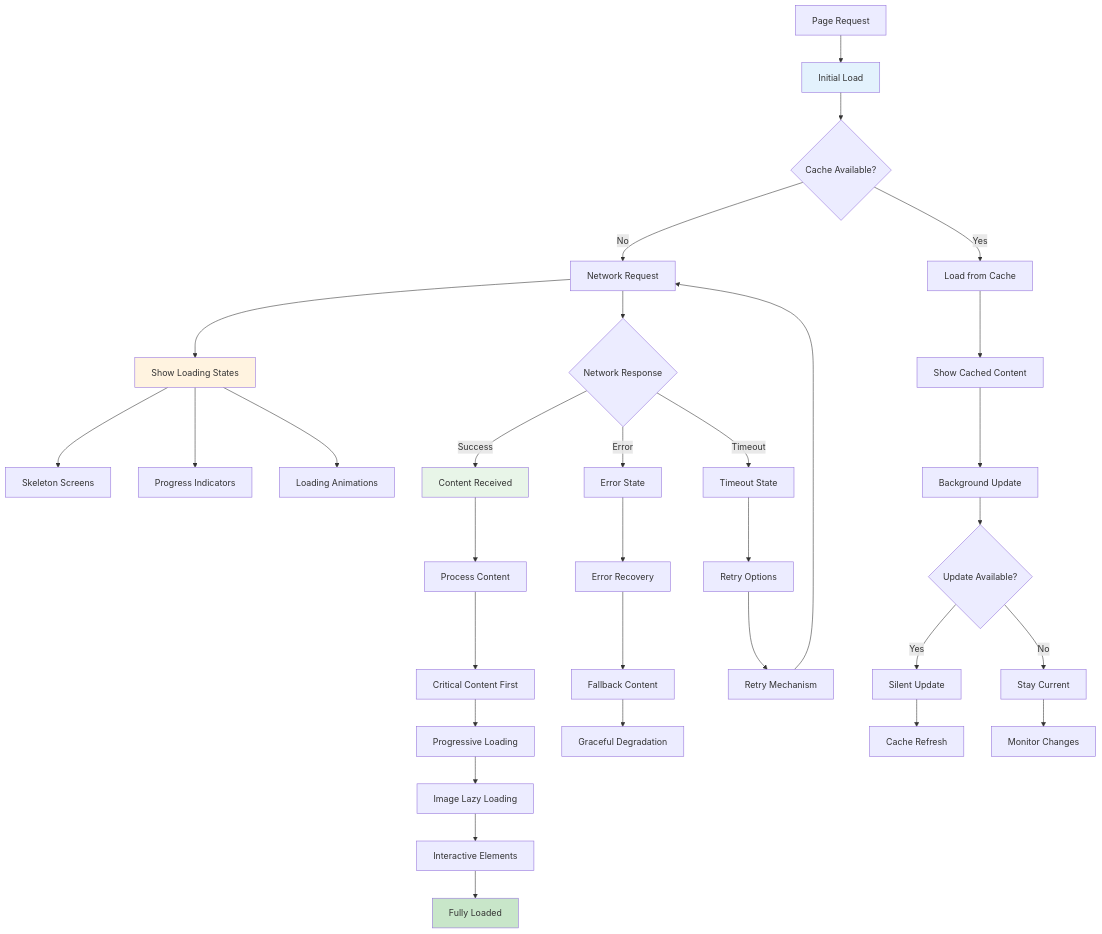
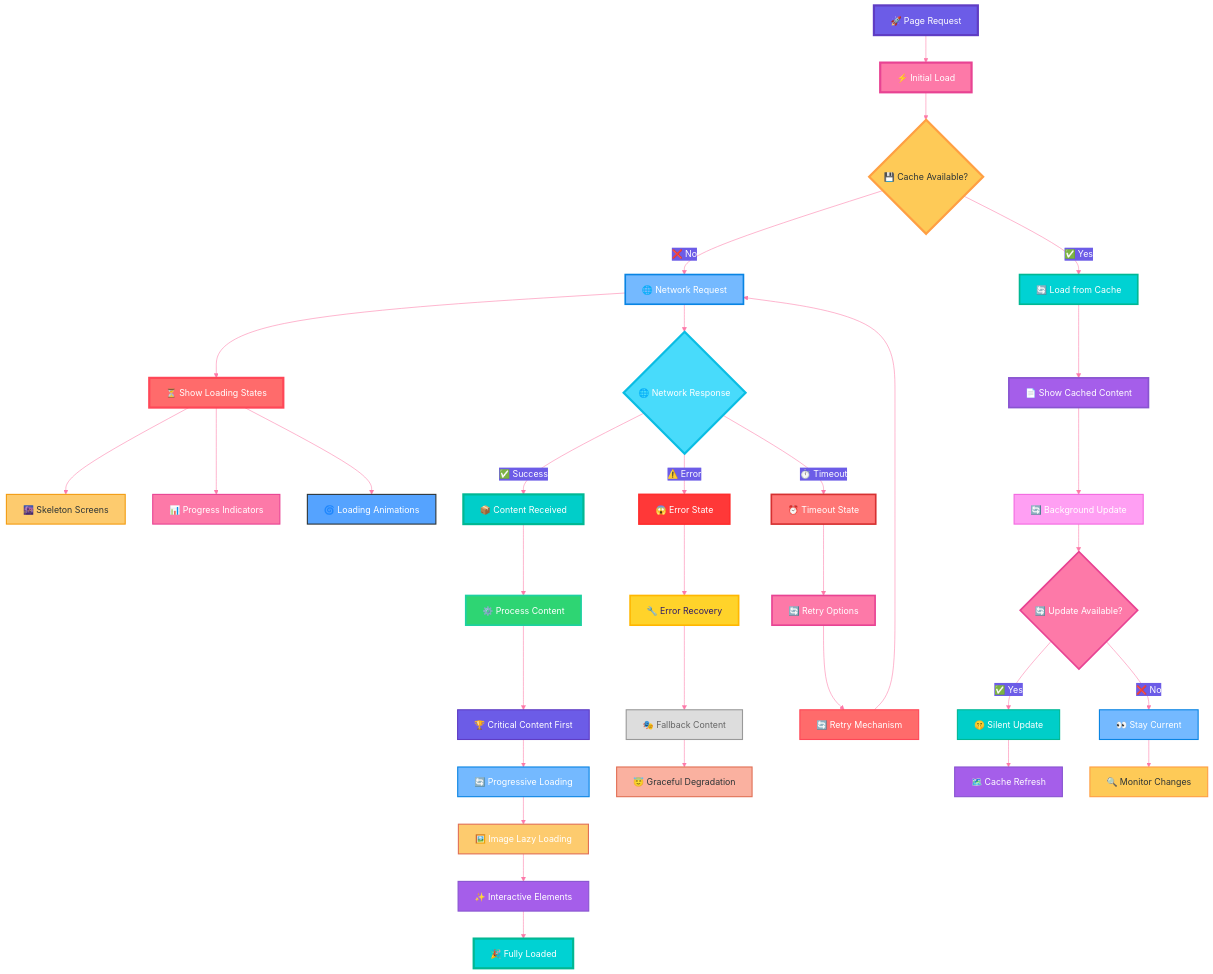
Before and after one commit to shihabsararrafid/budget-travel: the tenth of 15 diagrams in budget-travel/MERMAID_UI_UX_FLOWS.md, drawn with Mermaid. The commit also changed other lines of this file, not shown here.

````diff
--- a/budget-travel/MERMAID_UI_UX_FLOWS.md
+++ b/budget-travel/MERMAID_UI_UX_FLOWS.md
@@ -401,51 +634,89 @@
 ```mermaid
+%%{init: {'theme':'base', 'themeVariables': { 'primaryColor': '#00cec9', 'primaryTextColor': '#fff', 'primaryBorderColor': '#00b894', 'lineColor': '#fd79a8', 'secondaryColor': '#6c5ce7', 'tertiaryColor': '#feca57'}}}%%
 flowchart TD
-    A[Page Request] --> B[Initial Load]
-    B --> C{Cache Available?}
+    A["🚀 Page Request"] --> B["⚡ Initial Load"]
+    B --> C{"💾 Cache Available?"}
     
-    C -->|Yes| D[Load from Cache]
-    C -->|No| E[Network Request]
+    C -->|"✅ Yes"| D["🔄 Load from Cache"]
+    C -->|"❌ No"| E["🌐 Network Request"]
     
-    D --> F[Show Cached Content]
-    E --> G[Show Loading States]
+    D --> F["📄 Show Cached Content"]
+    E --> G["⏳ Show Loading States"]
     
-    G --> H[Skeleton Screens]
-    G --> I[Progress Indicators]
-    G --> J[Loading Animations]
+    G --> H["🌆 Skeleton Screens"]
+    G --> I["📊 Progress Indicators"]
+    G --> J["🌀 Loading Animations"]
     
-    F --> K[Background Update]
-    E --> L{Network Response}
+    F --> K["🔄 Background Update"]
+    E --> L{"🌐 Network Response"}
     
-    L -->|Success| M[Content Received]
-    L -->|Error| N[Error State]
-    L -->|Timeout| O[Timeout State]
+    L -->|"✅ Success"| M["📦 Content Received"]
+    L -->|"⚠️ Error"| N["😱 Error State"]
+    L -->|"⏱️ Timeout"| O["⏰ Timeout State"]
     
-    M --> P[Process Content]
-    N --> Q[Error Recovery]
-    O --> R[Retry Options]
+    M --> P["⚙️ Process Content"]
+    N --> Q["🔧 Error Recovery"]
+    O --> R["🔄 Retry Options"]
     
-    P --> S[Critical Content First]
-    S --> T[Progressive Loading]
-    T --> U[Image Lazy Loading]
-    U --> V[Interactive Elements]
+    P --> S["🏆 Critical Content First"]
+    S --> T["🔄 Progressive Loading"]
+    T --> U["🖼️ Image Lazy Loading"]
+    U --> V["✨ Interactive Elements"]
     
-    V --> W[Fully Loaded]
+    V --> W["🎉 Fully Loaded"]
     
-    Q --> X[Fallback Content]
-    R --> Y[Retry Mechanism]
+    Q --> X["🎭 Fallback Content"]
+    R --> Y["🔄 Retry Mechanism"]
     
-    X --> Z[Graceful Degradation]
+    X --> Z["😇 Graceful Degradation"]
     Y --> E
     
-    K --> AA{Update Available?}
-    AA -->|Yes| BB[Silent Update]
-    AA -->|No| CC[Stay Current]
+    K --> AA{"🔄 Update Available?"}
+    AA -->|"✅ Yes"| BB["🤫 Silent Update"]
+    AA -->|"❌ No"| CC["👀 Stay Current"]
     
-    BB --> DD[Cache Refresh]
-    CC --> EE[Monitor Changes]
+    BB --> DD["🗺️ Cache Refresh"]
+    CC --> EE["🔍 Monitor Changes"]
     
-    style B fill:#e3f2fd
-    style G fill:#fff3e0
-    style M fill:#e8f5e8
-    style W fill:#c8e6c9
+    style A fill:#6c5ce7,stroke:#5f3dc4,stroke-width:4px,color:#fff
+    style B fill:#fd79a8,stroke:#e84393,stroke-width:4px,color:#fff
+    style C fill:#feca57,stroke:#ff9f43,stroke-width:4px,color:#2d3436
+    
+    style D fill:#00d2d3,stroke:#00b894,stroke-width:3px,color:#fff
+    style E fill:#74b9ff,stroke:#0984e3,stroke-width:3px,color:#fff
+    
+    style F fill:#a55eea,stroke:#8854d0,stroke-width:3px,color:#fff
+    style G fill:#ff6b6b,stroke:#ff4757,stroke-width:4px,color:#fff
+    
+    style H fill:#fdcb6e,stroke:#f39c12,stroke-width:2px,color:#2d3436
+    style I fill:#fd79a8,stroke:#e84393,stroke-width:2px,color:#fff
+    style J fill:#55a3ff,stroke:#2d3436,stroke-width:2px,color:#fff
+    
+    style K fill:#ff9ff3,stroke:#f368e0,stroke-width:2px,color:#fff
+    style L fill:#48dbfb,stroke:#0abde3,stroke-width:4px,color:#fff
+    
+    style M fill:#00cec9,stroke:#00b894,stroke-width:4px,color:#fff
+    style N fill:#ff3838,stroke:#ff2d2d,stroke-width:3px,color:#fff
+    style O fill:#ff7675,stroke:#d63031,stroke-width:3px,color:#fff
+    
+    style P fill:#2ed573,stroke:#1dd1a1,stroke-width:3px,color:#fff
+    style Q fill:#ffd32a,stroke:#ffb700,stroke-width:3px,color:#2f1b69
+    style R fill:#fd79a8,stroke:#e84393,stroke-width:3px,color:#fff
+    
+    style S fill:#6c5ce7,stroke:#5f3dc4,stroke-width:2px,color:#fff
+    style T fill:#74b9ff,stroke:#0984e3,stroke-width:2px,color:#fff
+    style U fill:#fdcb6e,stroke:#e17055,stroke-width:2px,color:#fff
+    style V fill:#a55eea,stroke:#8854d0,stroke-width:2px,color:#fff
+    
+    style W fill:#00d2d3,stroke:#00b894,stroke-width:4px,color:#fff
+    
+    style X fill:#ddd,stroke:#999,stroke-width:2px,color:#666
+    style Y fill:#ff6b6b,stroke:#ff4757,stroke-width:2px,color:#fff
+    style Z fill:#fab1a0,stroke:#e17055,stroke-width:2px,color:#2d3436
+    
+    style AA fill:#fd79a8,stroke:#e84393,stroke-width:3px,color:#fff
+    style BB fill:#00cec9,stroke:#00b894,stroke-width:2px,color:#fff
+    style CC fill:#74b9ff,stroke:#0984e3,stroke-width:2px,color:#fff
+    style DD fill:#a55eea,stroke:#8854d0,stroke-width:2px,color:#fff
+    style EE fill:#feca57,stroke:#ff9f43,stroke-width:2px,color:#2d3436
 ```
````
